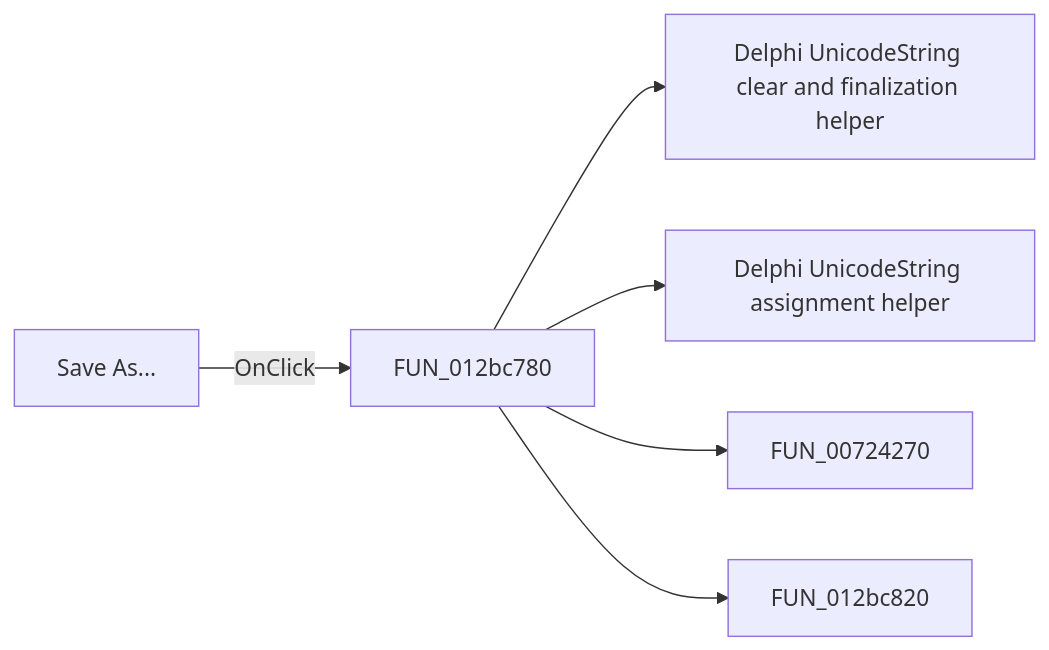
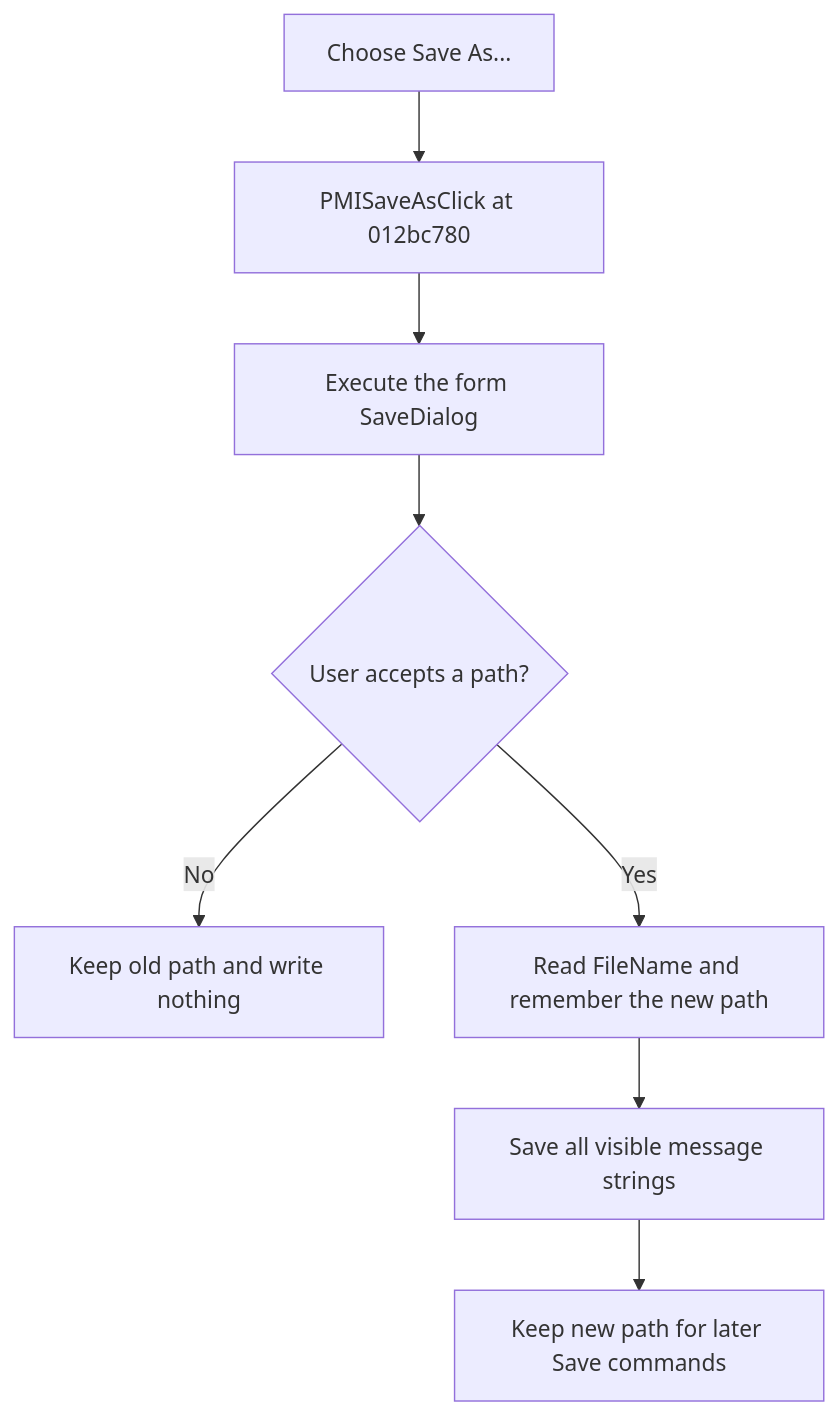
One commit to MovGP0/TIARA changed the diagram in docs/ui-controls/frmstressreport/pmisaveas-e8dcbbb841.md. Above: the diagram before and after it, drawn with Mermaid. The commit also changed other lines of this file and 387 other files, not shown here.

````diff
--- a/docs/ui-controls/frmstressreport/pmisaveas-e8dcbbb841.md
+++ b/docs/ui-controls/frmstressreport/pmisaveas-e8dcbbb841.md
@@ -27,8 +31,10 @@
 ```mermaid
-flowchart LR
-    control["Save As..."] -->|OnClick| handler["FUN_012bc780"]
-    handler --> call1["Delphi UnicodeString clear and finalization helper"]
-    handler --> call2["Delphi UnicodeString assignment helper"]
-    handler --> call3["FUN_00724270"]
-    handler --> call4["FUN_012bc820"]
+flowchart TD
+    saveAs["Choose Save As..."] --> handler["PMISaveAsClick at 012bc780"]
+    handler --> dialog["Execute the form SaveDialog"]
+    dialog --> accepted{"User accepts a path?"}
+    accepted -->|No| noOp["Keep old path and write nothing"]
+    accepted -->|Yes| path["Read FileName and remember the new path"]
+    path --> write["Save all visible message strings"]
+    write --> result["Keep new path for later Save commands"]
 ```
````
